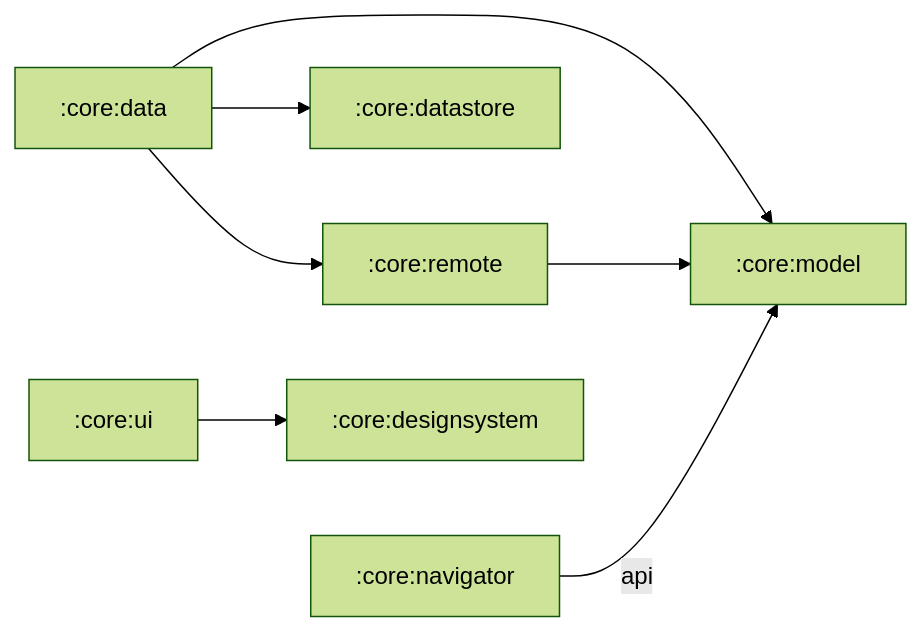
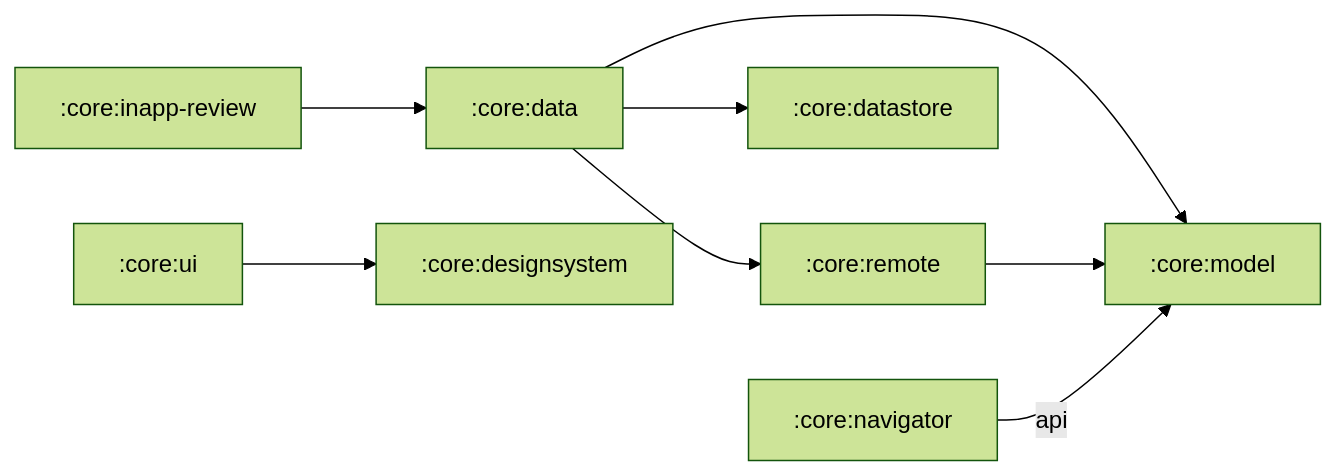
One commit to whatever-x/Caro-Mobile changed the third of 11 diagrams in ARCHITECTURE.md. Above: the diagram before and after it, drawn with Mermaid (forest theme). The commit also changed other lines of this file and 38 other files, not shown here.

````diff
--- a/ARCHITECTURE.md
+++ b/ARCHITECTURE.md
@@ -104,9 +108,10 @@
 ```mermaid
 flowchart LR
     data[":core:data"] --> remote[":core:remote"]
     data --> datastore[":core:datastore"]
     data --> model[":core:model"]
     remote --> model
     navigator[":core:navigator"] -->|api| model
     ui[":core:ui"] --> designsystem[":core:designsystem"]
+    inappReview[":core:inapp-review"] --> data
 ```
````
